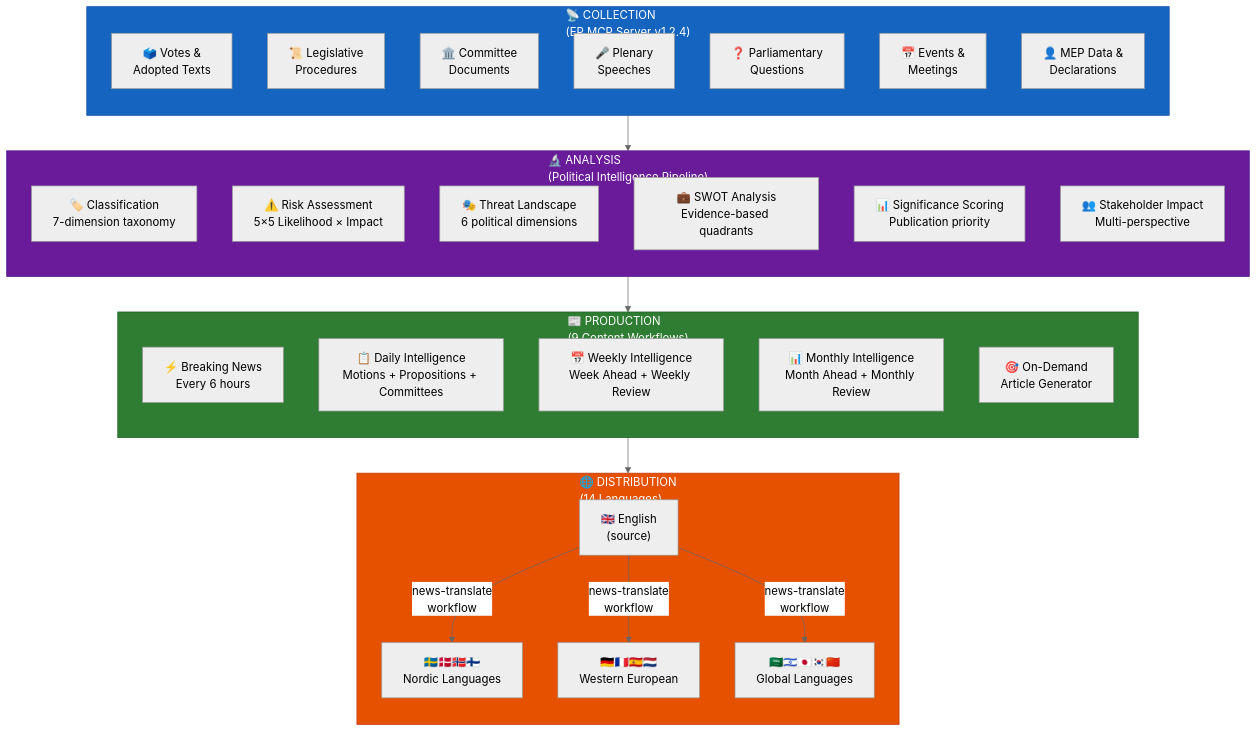
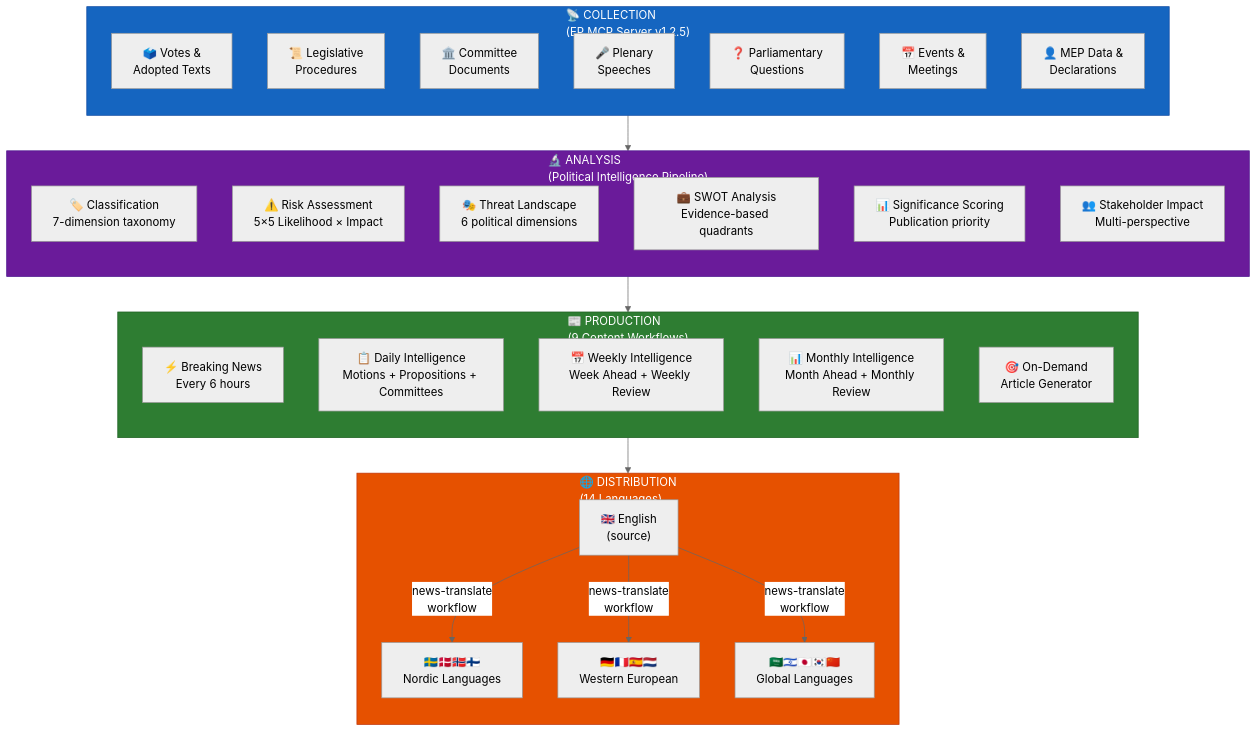
One commit to Hack23/euparliamentmonitor changed diagram 18 of 21 in WORKFLOWS.md. Above: the diagram before and after it, drawn with Mermaid (neutral theme). The commit also changed other lines of this file and 35 other files, not shown here.

First line of the commit message:
chore: update all references from european-parliament-mcp-server 1.2.4 to 1.2.5

````diff
--- a/WORKFLOWS.md
+++ b/WORKFLOWS.md
@@ -1625,48 +1625,48 @@
 ```mermaid
 flowchart TD
-    subgraph Collection["📡 COLLECTION<br/>(EP MCP Server v1.2.4)"]
+    subgraph Collection["📡 COLLECTION<br/>(EP MCP Server v1.2.5)"]
         direction TB
         C1["🗳️ Votes &<br/>Adopted Texts"]
         C2["📜 Legislative<br/>Procedures"]
         C3["🏛️ Committee<br/>Documents"]
         C4["🎤 Plenary<br/>Speeches"]
         C5["❓ Parliamentary<br/>Questions"]
         C6["📅 Events &<br/>Meetings"]
         C7["👤 MEP Data &<br/>Declarations"]
     end
 
     subgraph Analysis["🔬 ANALYSIS<br/>(Political Intelligence Pipeline)"]
         direction TB
         A1["🏷️ Classification<br/>7-dimension taxonomy"]
         A2["⚠️ Risk Assessment<br/>5×5 Likelihood × Impact"]
         A3["🎭 Threat Landscape<br/>6 political dimensions"]
         A4["💼 SWOT Analysis<br/>Evidence-based quadrants"]
         A5["📊 Significance Scoring<br/>Publication priority"]
         A6["👥 Stakeholder Impact<br/>Multi-perspective"]
     end
 
     subgraph Production["📰 PRODUCTION<br/>(9 Content Workflows)"]
         direction TB
         P1["⚡ Breaking News<br/>Every 6 hours"]
         P2["📋 Daily Intelligence<br/>Motions + Propositions + Committees"]
         P3["📅 Weekly Intelligence<br/>Week Ahead + Weekly Review"]
         P4["📊 Monthly Intelligence<br/>Month Ahead + Monthly Review"]
         P5["🎯 On-Demand<br/>Article Generator"]
     end
 
     subgraph Distribution["🌐 DISTRIBUTION<br/>(14 Languages)"]
         direction TB
         D1["🇬🇧 English<br/>(source)"]
         D2["🇸🇪🇩🇰🇳🇴🇫🇮<br/>Nordic Languages"]
         D3["🇩🇪🇫🇷🇪🇸🇳🇱<br/>Western European"]
         D4["🇸🇦🇮🇱🇯🇵🇰🇷🇨🇳<br/>Global Languages"]
     end
 
     Collection --> Analysis --> Production --> D1
     D1 --> |"news-translate<br/>workflow"| D2 & D3 & D4
 
     style Collection fill:#1565C0,stroke:#0D47A1,color:#FFFFFF
     style Analysis fill:#6A1B9A,stroke:#4A148C,color:#FFFFFF
     style Production fill:#2E7D32,stroke:#1B5E20,color:#FFFFFF
     style Distribution fill:#E65100,stroke:#BF360C,color:#FFFFFF
 ```
````
